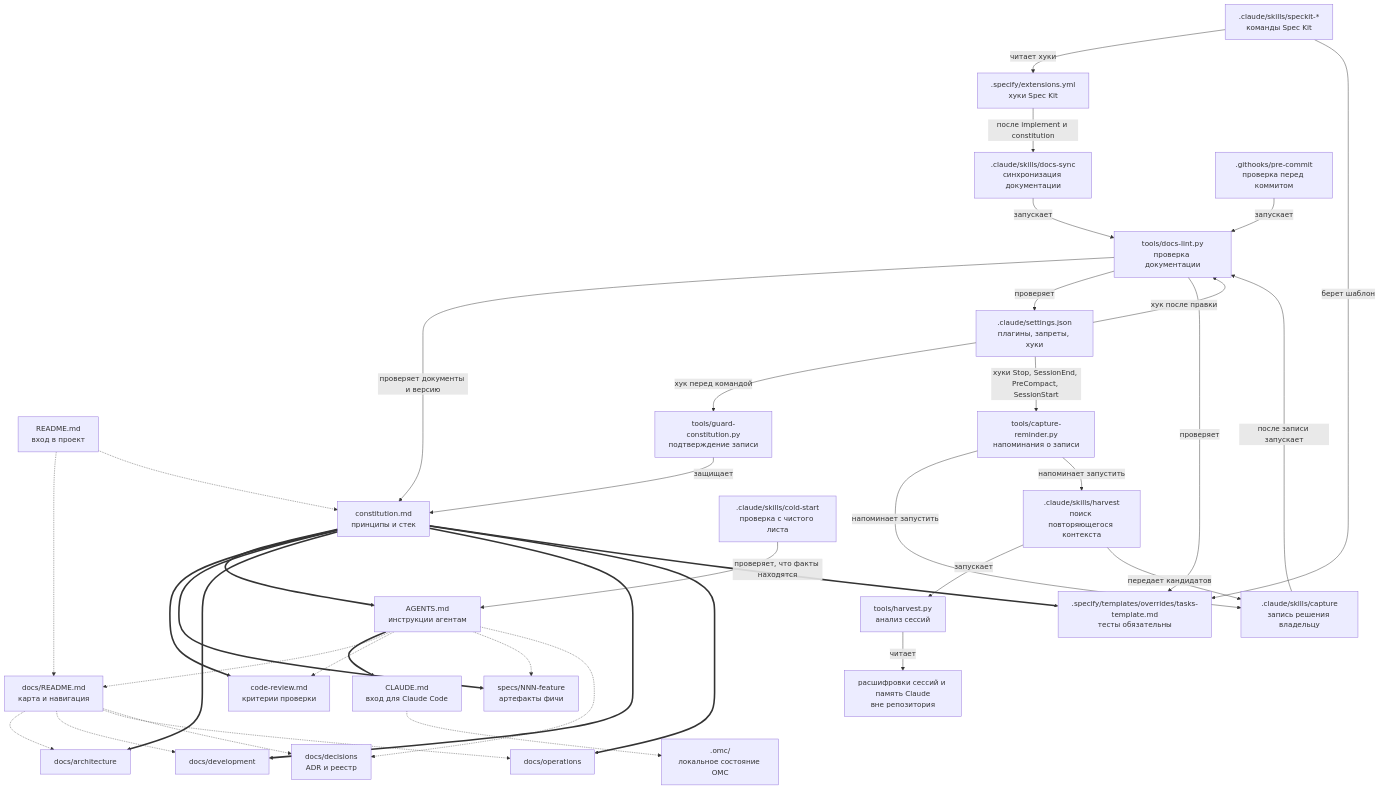
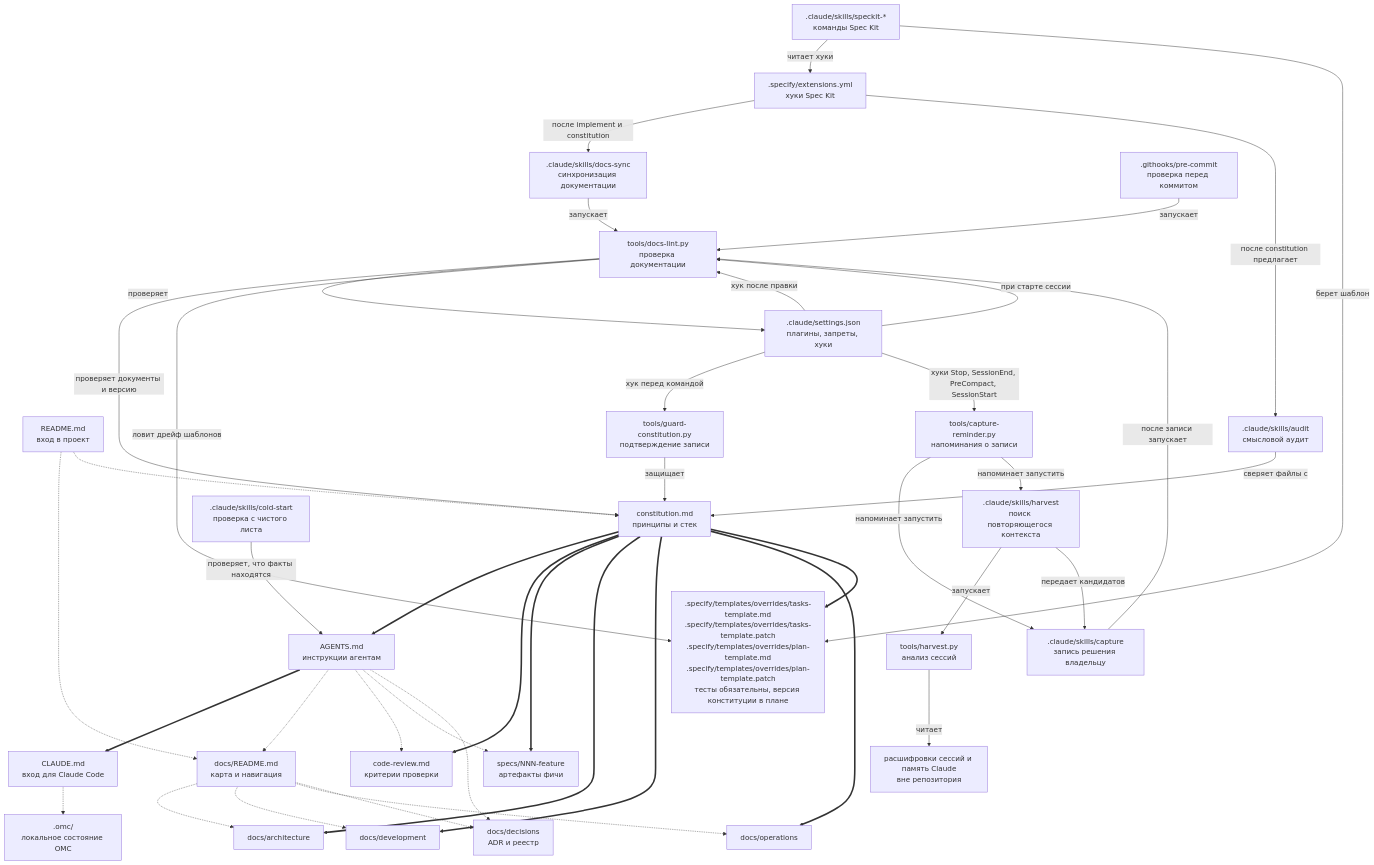
One commit to muhin-g-s/Movie-Service changed the diagram in docs/README.md. Above: the diagram before and after it, drawn with Mermaid. The commit also changed other lines of this file and 20 other files, not shown here.

````diff
--- a/docs/README.md
+++ b/docs/README.md
@@ -45,69 +46,73 @@
 ```mermaid
 flowchart TD
     C["constitution.md<br/>принципы и стек"]
     A["AGENTS.md<br/>инструкции агентам"]
     CL["CLAUDE.md<br/>вход для Claude Code"]
     CR["code-review.md<br/>критерии проверки"]
     S["specs/NNN-feature<br/>артефакты фичи"]
     R["README.md<br/>вход в проект"]
     D["docs/README.md<br/>карта и навигация"]
     AR["docs/architecture"]
     DV["docs/development"]
     OP["docs/operations"]
     DC["docs/decisions<br/>ADR и реестр"]
     SPK[".claude/skills/speckit-*<br/>команды Spec Kit"]
-    OV[".specify/templates/overrides/tasks-template.md<br/>тесты обязательны"]
+    OV[".specify/templates/overrides/tasks-template.md<br/>.specify/templates/overrides/tasks-template.patch<br/>.specify/templates/overrides/plan-template.md<br/>.specify/templates/overrides/plan-template.patch<br/>тесты обязательны, версия конституции в плане"]
+    AUD[".claude/skills/audit<br/>смысловой аудит"]
     EXT[".specify/extensions.yml<br/>хуки Spec Kit"]
     SYNC[".claude/skills/docs-sync<br/>синхронизация документации"]
     LINT["tools/docs-lint.py<br/>проверка документации"]
     GUARD["tools/guard-constitution.py<br/>подтверждение записи"]
     SET[".claude/settings.json<br/>плагины, запреты, хуки"]
     GIT[".githooks/pre-commit<br/>проверка перед коммитом"]
     OMC[".omc/<br/>локальное состояние OMC"]
     CAP[".claude/skills/capture<br/>запись решения владельцу"]
     HAR[".claude/skills/harvest<br/>поиск повторяющегося контекста"]
     COLD[".claude/skills/cold-start<br/>проверка с чистого листа"]
     HARV["tools/harvest.py<br/>анализ сессий"]
     REM["tools/capture-reminder.py<br/>напоминания о записи"]
     TRN["расшифровки сессий и память Claude<br/>вне репозитория"]
 
     C ==> A ==> CL
     C ==> CR
     C ==> S
     C ==> AR
     C ==> DV
     C ==> OP
     C ==> OV
 
     R -.-> D
     R -.-> C
     D -.-> AR
     D -.-> DV
     D -.-> OP
     D -.-> DC
     A -.-> D
     A -.-> CR
     A -.-> S
     A -.-> DC
     CL -.-> OMC
 
     SPK -->|читает хуки| EXT
     SPK -->|берет шаблон| OV
     EXT -->|после implement и constitution| SYNC
     SYNC -->|запускает| LINT
     SET -->|хук после правки| LINT
     SET -->|хук перед командой| GUARD
     GIT -->|запускает| LINT
     GUARD -->|защищает| C
     LINT -->|проверяет документы и версию| C
     LINT -->|проверяет| SET
-    LINT -->|проверяет| OV
+    LINT -->|ловит дрейф шаблонов| OV
+    SET -->|при старте сессии| LINT
+    EXT -->|после constitution предлагает| AUD
+    AUD -->|сверяет файлы с| C
     SET -->|хуки Stop, SessionEnd, PreCompact, SessionStart| REM
     REM -->|напоминает запустить| CAP
     REM -->|напоминает запустить| HAR
     HAR -->|запускает| HARV
     HARV -->|читает| TRN
     HAR -->|передает кандидатов| CAP
     CAP -->|после записи запускает| LINT
     COLD -->|проверяет, что факты находятся| A
 ```
````
